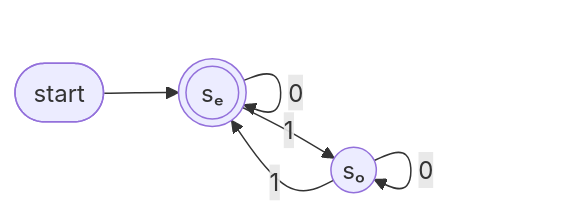
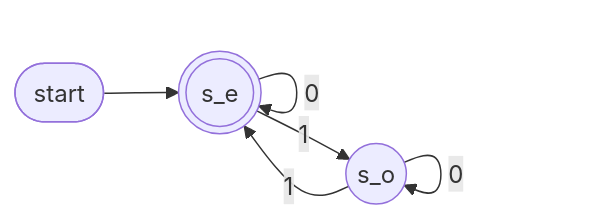
One commit to Choroning/25Fall_Discrete-Mathematics changed the second of 5 diagrams in Lecture-Notes/Ch12_Structures-and-Finite-Automata/Concepts_Lecture.md. Above: the diagram before and after it, drawn with Mermaid. The commit also changed other lines of this file and 37 other files, not shown here.

````diff
--- a/Lecture-Notes/Ch12_Structures-and-Finite-Automata/Concepts_Lecture.md
+++ b/Lecture-Notes/Ch12_Structures-and-Finite-Automata/Concepts_Lecture.md
@@ -426,8 +428,8 @@
 ```mermaid
 graph LR
     st([start]) --> se
-    se(((sₑ))) -->|0| se
-    se -->|1| so((sₒ))
+    se(((s_e))) -->|0| se
+    se -->|1| so((s_o))
     so -->|1| se
     so -->|0| so
 ```
````
